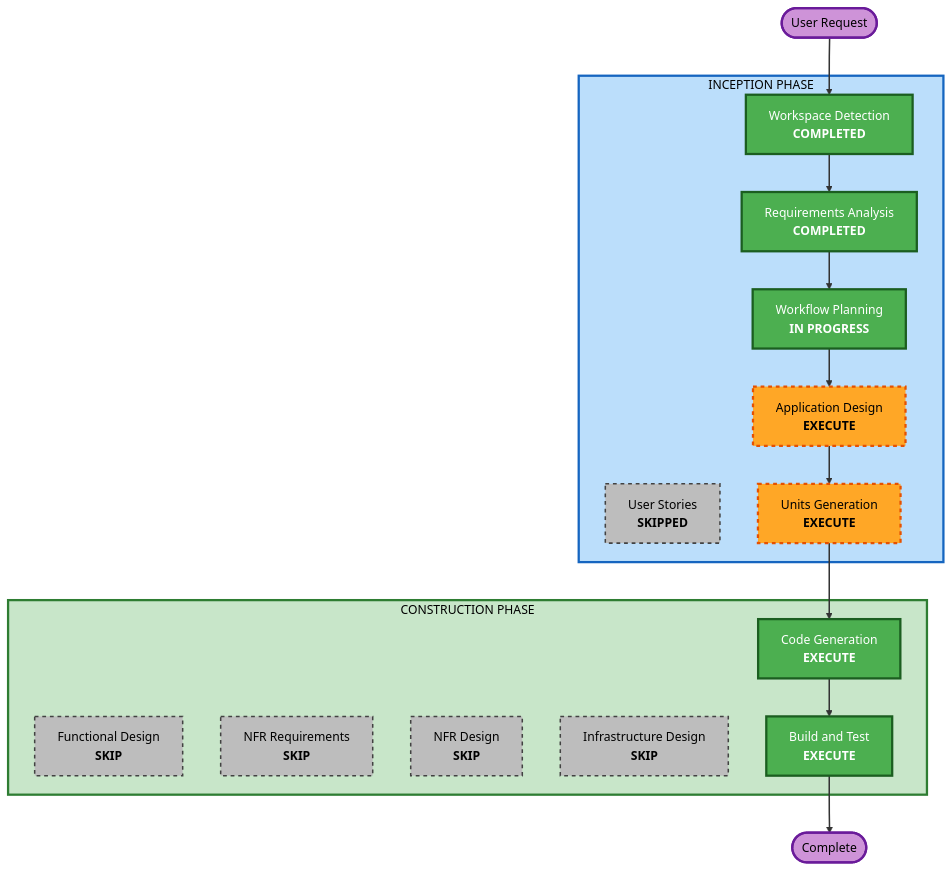
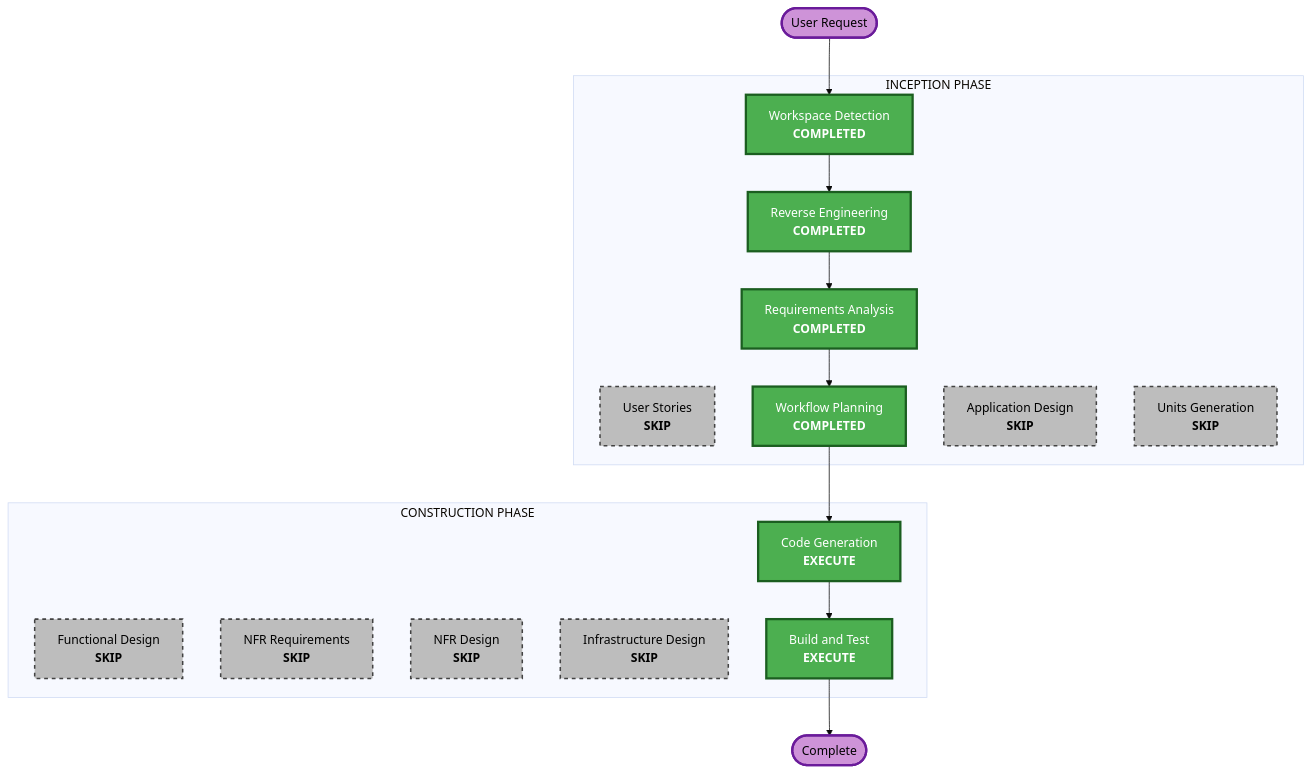
One commit to spencerjireh/jirehs-ai-writing-detector changed the diagram in aidlc-docs/inception/plans/execution-plan.md. Above: the diagram before and after it, drawn with Mermaid (base theme). The commit also changed other lines of this file and 29 other files, not shown here.

````diff
--- a/aidlc-docs/inception/plans/execution-plan.md
+++ b/aidlc-docs/inception/plans/execution-plan.md
@@ -21,49 +38,41 @@
 ```mermaid
 flowchart TD
     Start(["User Request"])
 
     subgraph INCEPTION["INCEPTION PHASE"]
         WD["Workspace Detection<br/><b>COMPLETED</b>"]
+        RE["Reverse Engineering<br/><b>COMPLETED</b>"]
         RA["Requirements Analysis<br/><b>COMPLETED</b>"]
-        US["User Stories<br/><b>SKIPPED</b>"]
-        WP["Workflow Planning<br/><b>IN PROGRESS</b>"]
-        AD["Application Design<br/><b>EXECUTE</b>"]
-        UG["Units Generation<br/><b>EXECUTE</b>"]
+        US["User Stories<br/><b>SKIP</b>"]
+        WP["Workflow Planning<br/><b>COMPLETED</b>"]
+        AD["Application Design<br/><b>SKIP</b>"]
+        UG["Units Generation<br/><b>SKIP</b>"]
     end
 
     subgraph CONSTRUCTION["CONSTRUCTION PHASE"]
         FD["Functional Design<br/><b>SKIP</b>"]
-        NFRA["NFR Requirements<br/><b>SKIP</b>"]
+        NFR["NFR Requirements<br/><b>SKIP</b>"]
         NFRD["NFR Design<br/><b>SKIP</b>"]
         ID["Infrastructure Design<br/><b>SKIP</b>"]
         CG["Code Generation<br/><b>EXECUTE</b>"]
         BT["Build and Test<br/><b>EXECUTE</b>"]
     end
 
-    Start --> WD
-    WD --> RA
-    RA --> WP
-    WP --> AD
-    AD --> UG
-    UG --> CG
-    CG --> BT
-    BT --> End(["Complete"])
+    Start --> WD --> RE --> RA --> WP --> CG --> BT --> End(["Complete"])
 
     style WD fill:#4CAF50,stroke:#1B5E20,stroke-width:3px,color:#fff
+    style RE fill:#4CAF50,stroke:#1B5E20,stroke-width:3px,color:#fff
     style RA fill:#4CAF50,stroke:#1B5E20,stroke-width:3px,color:#fff
     style WP fill:#4CAF50,stroke:#1B5E20,stroke-width:3px,color:#fff
-    style AD fill:#FFA726,stroke:#E65100,stroke-width:3px,stroke-dasharray: 5 5,color:#000
-    style UG fill:#FFA726,stroke:#E65100,stroke-width:3px,stroke-dasharray: 5 5,color:#000
+    style US fill:#BDBDBD,stroke:#424242,stroke-width:2px,stroke-dasharray: 5 5,color:#000
+    style AD fill:#BDBDBD,stroke:#424242,stroke-width:2px,stroke-dasharray: 5 5,color:#000
+    style UG fill:#BDBDBD,stroke:#424242,stroke-width:2px,stroke-dasharray: 5 5,color:#000
+    style FD fill:#BDBDBD,stroke:#424242,stroke-width:2px,stroke-dasharray: 5 5,color:#000
+    style NFR fill:#BDBDBD,stroke:#424242,stroke-width:2px,stroke-dasharray: 5 5,color:#000
+    style NFRD fill:#BDBDBD,stroke:#424242,stroke-width:2px,stroke-dasharray: 5 5,color:#000
+    style ID fill:#BDBDBD,stroke:#424242,stroke-width:2px,stroke-dasharray: 5 5,color:#000
     style CG fill:#4CAF50,stroke:#1B5E20,stroke-width:3px,color:#fff
     style BT fill:#4CAF50,stroke:#1B5E20,stroke-width:3px,color:#fff
-    style US fill:#BDBDBD,stroke:#424242,stroke-width:2px,stroke-dasharray: 5 5,color:#000
-    style FD fill:#BDBDBD,stroke:#424242,stroke-width:2px,stroke-dasharray: 5 5,color:#000
-    style NFRA fill:#BDBDBD,stroke:#424242,stroke-width:2px,stroke-dasharray: 5 5,color:#000
-    style NFRD fill:#BDBDBD,stroke:#424242,stroke-width:2px,stroke-dasharray: 5 5,color:#000
-    style ID fill:#BDBDBD,stroke:#424242,stroke-width:2px,stroke-dasharray: 5 5,color:#000
-    style INCEPTION fill:#BBDEFB,stroke:#1565C0,stroke-width:3px,color:#000
-    style CONSTRUCTION fill:#C8E6C9,stroke:#2E7D32,stroke-width:3px,color:#000
     style Start fill:#CE93D8,stroke:#6A1B9A,stroke-width:3px,color:#000
     style End fill:#CE93D8,stroke:#6A1B9A,stroke-width:3px,color:#000
-    linkStyle default stroke:#333,stroke-width:2px
 ```
````
